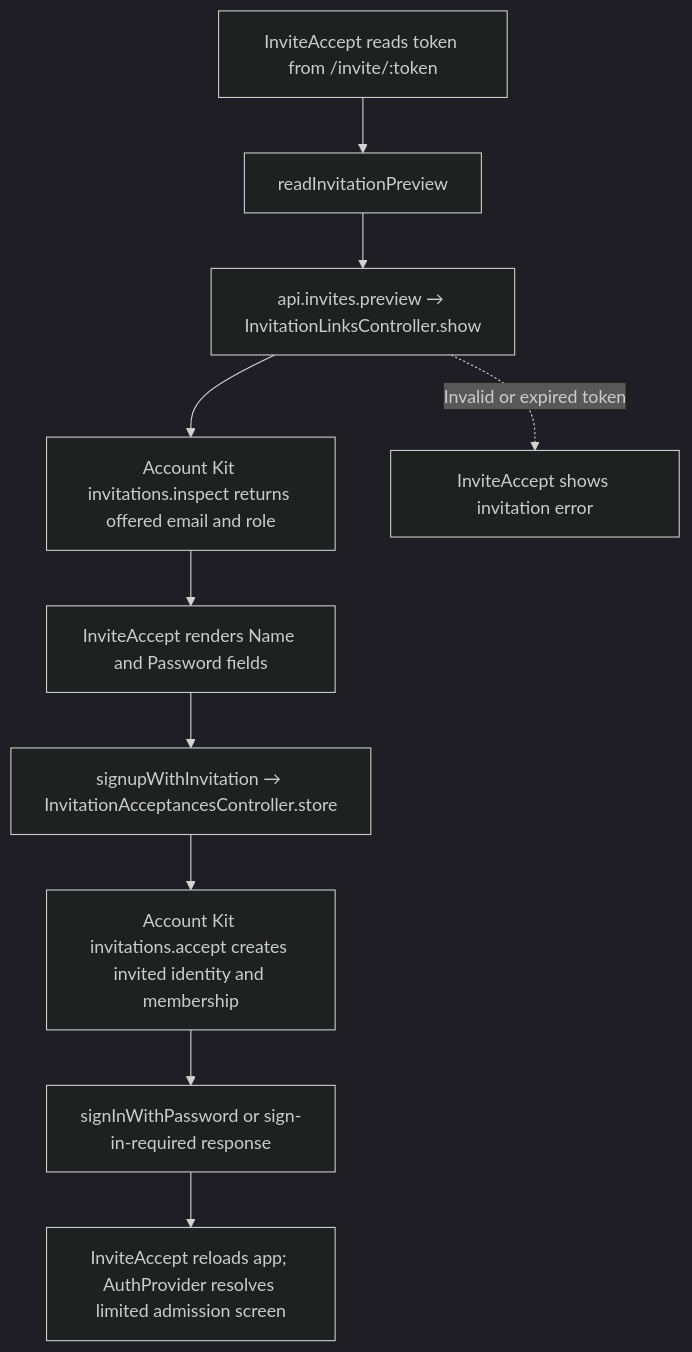
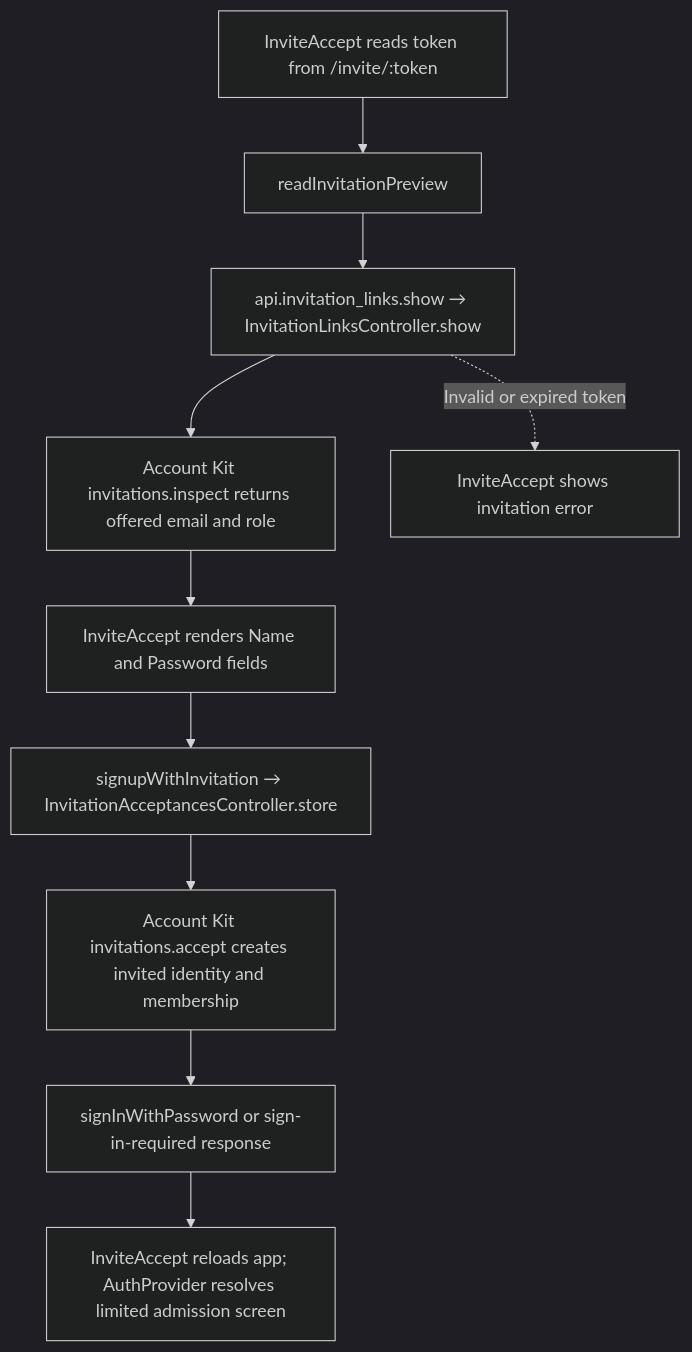
The second of 2 diagrams in user-stories/team/US-TEAM-04-accept-invitation.md (Kevinjohn/capacitylens), drawn with Mermaid (dark theme) before and after one commit. The commit also changed 153 other files, not shown here.

First line of the commit message:
Routes: one /api group with generated route names

````diff
--- a/user-stories/team/US-TEAM-04-accept-invitation.md
+++ b/user-stories/team/US-TEAM-04-accept-invitation.md
@@ -32,12 +32,12 @@
 ```mermaid
 flowchart TD
     Invite["InviteAccept reads token from /invite/:token"] --> Preview["readInvitationPreview"]
-    Preview --> PreviewRoute["api.invites.preview → InvitationLinksController.show"]
+    Preview --> PreviewRoute["api.invitation_links.show → InvitationLinksController.show"]
     PreviewRoute --> KitInspect["Account Kit invitations.inspect returns offered email and role"]
     KitInspect --> Form["InviteAccept renders Name and Password fields"]
     Form --> Submit["signupWithInvitation → InvitationAcceptancesController.store"]
     Submit --> Accept["Account Kit invitations.accept creates invited identity and membership"]
     Accept --> SignIn["signInWithPassword or sign-in-required response"]
     SignIn --> Reload["InviteAccept reloads app; AuthProvider resolves limited admission screen"]
     PreviewRoute -. "Invalid or expired token" .-> Error["InviteAccept shows invitation error"]
 ```
````
